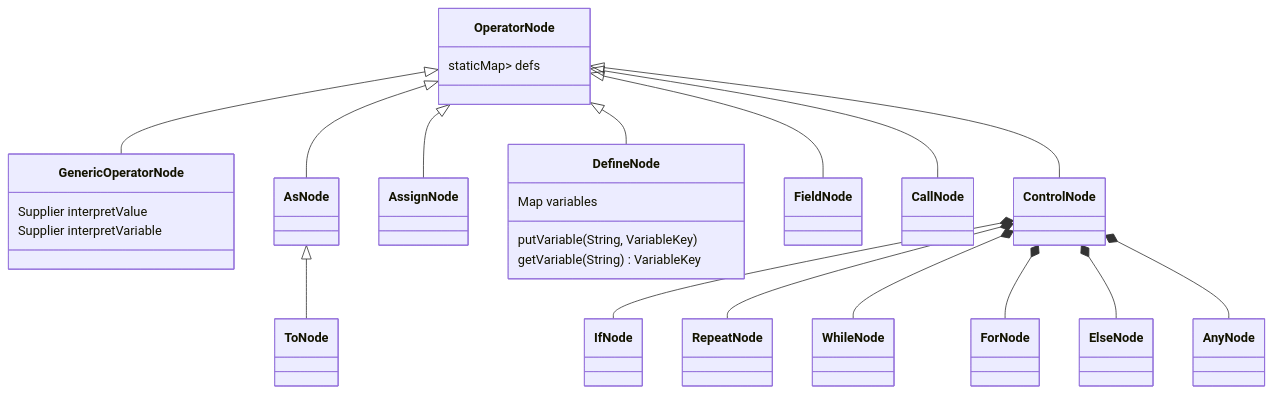
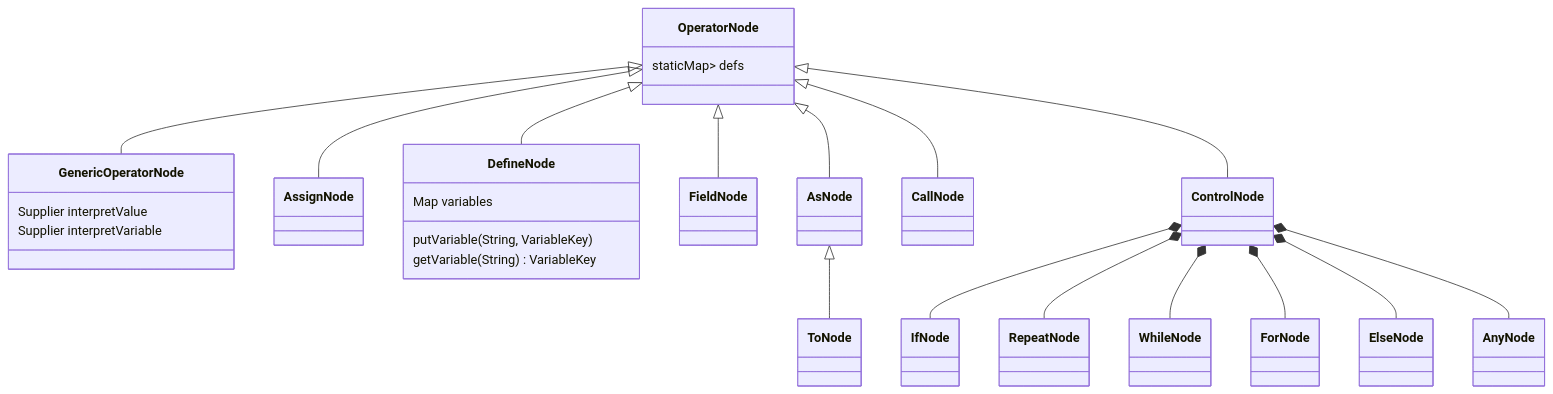
The third of 5 diagrams in Implementation.md (Jzhyang1/Monomer), drawn with Mermaid before and after one commit. The commit also changed other lines of this file, not shown here.

````diff
--- a/Implementation.md
+++ b/Implementation.md
@@ -150,26 +150,26 @@
 ```mermaid
 classDiagram
 OperatorNode <|-- GenericOperatorNode
-OperatorNode <|-- AsNode
-AsNode <|-- ToNode
 OperatorNode <|-- AssignNode
 OperatorNode <|-- DefineNode
 OperatorNode <|-- FieldNode
+OperatorNode <|-- AsNode
+AsNode <|-- ToNode
 OperatorNode <|-- CallNode
 OperatorNode <|-- ControlNode
 ControlNode *-- IfNode
 ControlNode *-- RepeatNode
 ControlNode *-- WhileNode
 ControlNode *-- ForNode
 ControlNode *-- ElseNode
 ControlNode *-- AnyNode
 
 OperatorNode: staticMap<String,Supplier<OperatorNode>> defs
 
 GenericOperatorNode: Supplier<InterpretValue> interpretValue
 GenericOperatorNode: Supplier<InterpretVariable> interpretVariable
 
 DefineNode: Map<String,VariableKey> variables
 DefineNode: putVariable(String, VariableKey)
 DefineNode: getVariable(String) VariableKey
 ```
````
